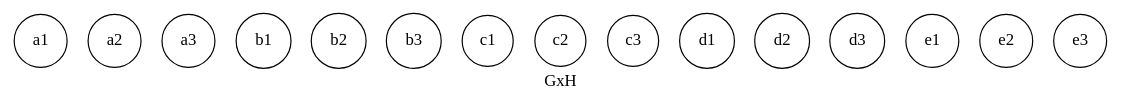
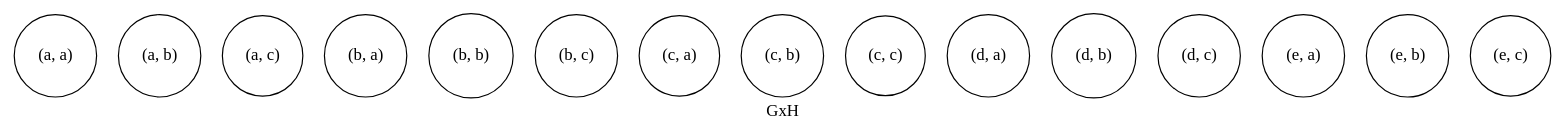
Before and after one commit to h4tguy/gt-hons: the diagram in tut1/115/115bGH2.dot, drawn with Graphviz. The commit also changed 7 other files, not shown here.

Commit message:
changed GxH graphs to use tuples as names

```diff
--- a/tut1/115/115bGH2.dot
+++ b/tut1/115/115bGH2.dot
@@ -1,30 +1,30 @@
 graph GH {
     overlap=false
     splines=true
     node [shape=circle]
     label="GxH"
 
     edge [len=2]
 
     edge [weight=2]
     edge [len=1]
-    a1
-    a2
-    a3
+    "(a, a)"
+    "(a, b)"
+    "(a, c)"
 
-    b1
-    b2
-    b3
+    "(b, a)"
+    "(b, b)"
+    "(b, c)"
 
-    c1
-    c2
-    c3
+    "(c, a)"
+    "(c, b)"
+    "(c, c)"
 
-    d1
-    d2
-    d3
+    "(d, a)"
+    "(d, b)"
+    "(d, c)"
 
-    e1
-    e2
-    e3
+    "(e, a)"
+    "(e, b)"
+    "(e, c)"
 }
```
